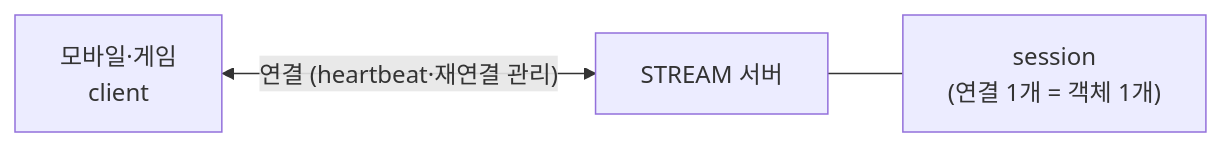
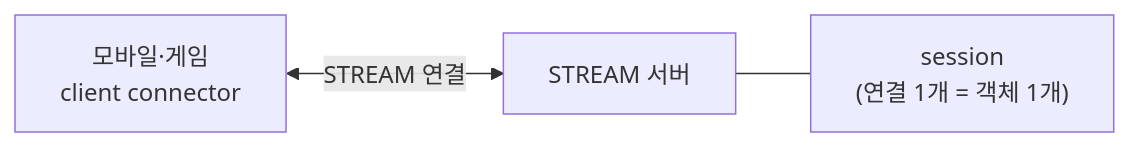
Before and after one commit to kairos-code-dev/zlink: the third of 8 diagrams in framework/doc/framework/cpp/guide/03-concepts.ko.md, drawn with Mermaid. The commit also changed other lines of this file and 93 other files, not shown here.

````diff
--- a/framework/doc/framework/cpp/guide/03-concepts.ko.md
+++ b/framework/doc/framework/cpp/guide/03-concepts.ko.md
@@ -159,5 +121,5 @@
 ```mermaid
 graph LR
-    C["모바일·게임<br/>client"] <-->|"연결 (heartbeat·재연결 관리)"| SV["STREAM 서버"]
+    C["모바일·게임<br/>client connector"] <-->|"STREAM 연결"| SV["STREAM 서버"]
     SV --- SE["session<br/>(연결 1개 = 객체 1개)"]
 ```
````
